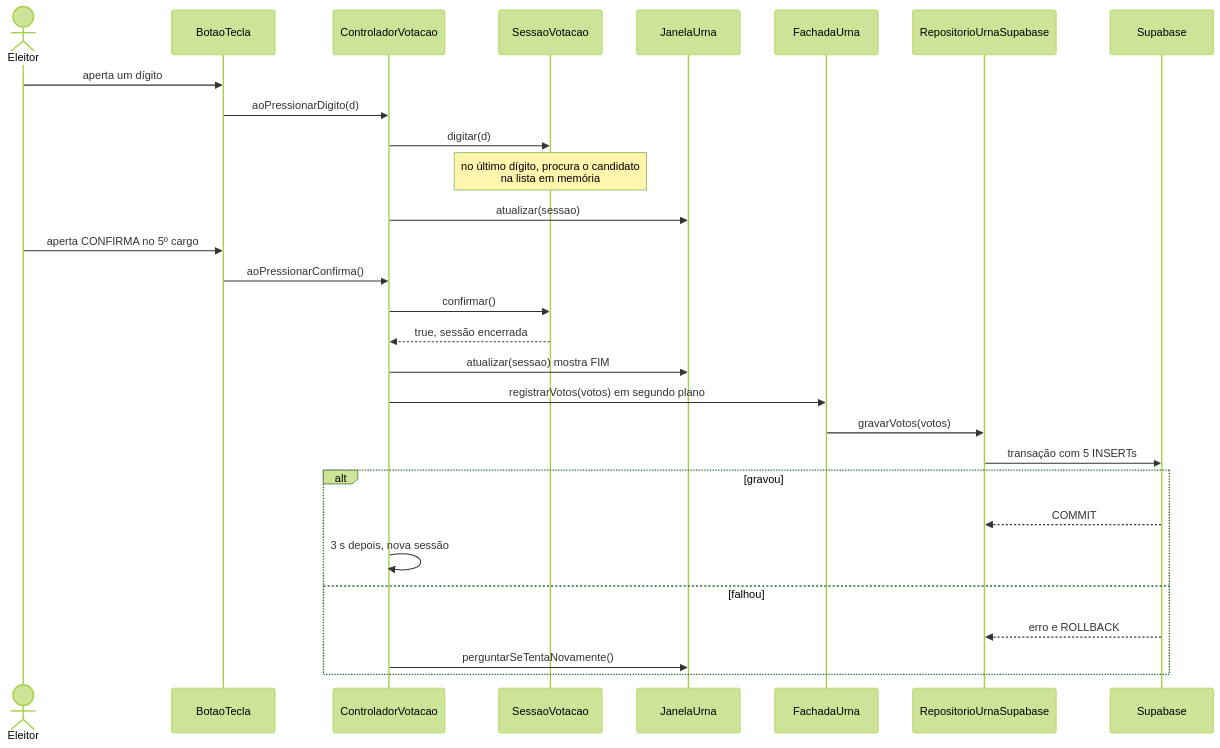
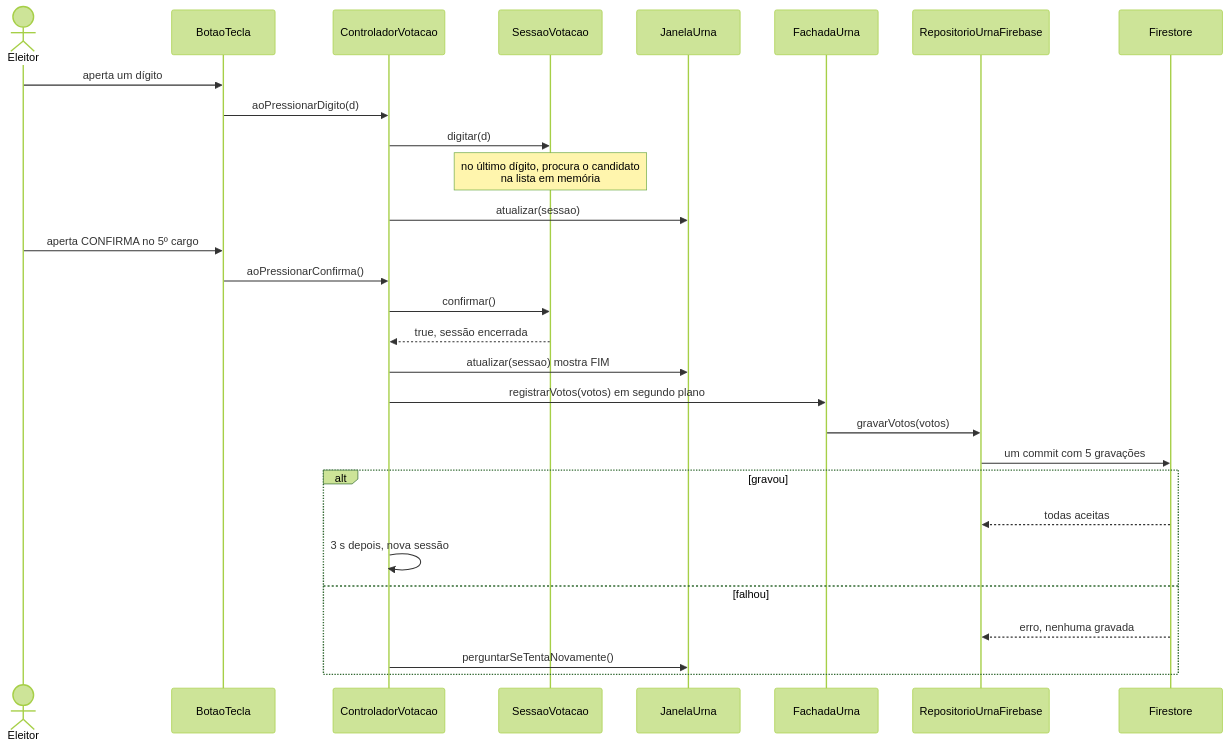
The diagram in docs/uml/06-sequencia-votar.mmd (joaovsbarros10/urna-eletronica), drawn with Mermaid (forest theme) before and after one commit. The commit also changed 32 other files, not shown here.

First line of the commit message:
Troca o Supabase pelo Firebase e mostra porcentagem na apuração (versão 2.1)

```diff
--- a/docs/uml/06-sequencia-votar.mmd
+++ b/docs/uml/06-sequencia-votar.mmd
@@ -1,32 +1,32 @@
 %% Digitar, confirmar o último cargo e gravar os votos.
 sequenceDiagram
     actor Eleitor
     participant Tecla as BotaoTecla
     participant Controlador as ControladorVotacao
     participant Sessao as SessaoVotacao
     participant Janela as JanelaUrna
     participant Fachada as FachadaUrna
-    participant Repositorio as RepositorioUrnaSupabase
-    participant Banco as Supabase
+    participant Repositorio as RepositorioUrnaFirebase
+    participant Banco as Firestore
 
     Eleitor->>Tecla: aperta um dígito
     Tecla->>Controlador: aoPressionarDigito(d)
     Controlador->>Sessao: digitar(d)
     Note over Sessao: no último dígito, procura o candidato<br/>na lista em memória
     Controlador->>Janela: atualizar(sessao)
 
     Eleitor->>Tecla: aperta CONFIRMA no 5º cargo
     Tecla->>Controlador: aoPressionarConfirma()
     Controlador->>Sessao: confirmar()
     Sessao-->>Controlador: true, sessão encerrada
     Controlador->>Janela: atualizar(sessao) mostra FIM
     Controlador->>Fachada: registrarVotos(votos) em segundo plano
     Fachada->>Repositorio: gravarVotos(votos)
-    Repositorio->>Banco: transação com 5 INSERTs
+    Repositorio->>Banco: um commit com 5 gravações
     alt gravou
-        Banco-->>Repositorio: COMMIT
+        Banco-->>Repositorio: todas aceitas
         Controlador->>Controlador: 3 s depois, nova sessão
     else falhou
-        Banco-->>Repositorio: erro e ROLLBACK
+        Banco-->>Repositorio: erro, nenhuma gravada
         Controlador->>Janela: perguntarSeTentaNovamente()
     end
```
